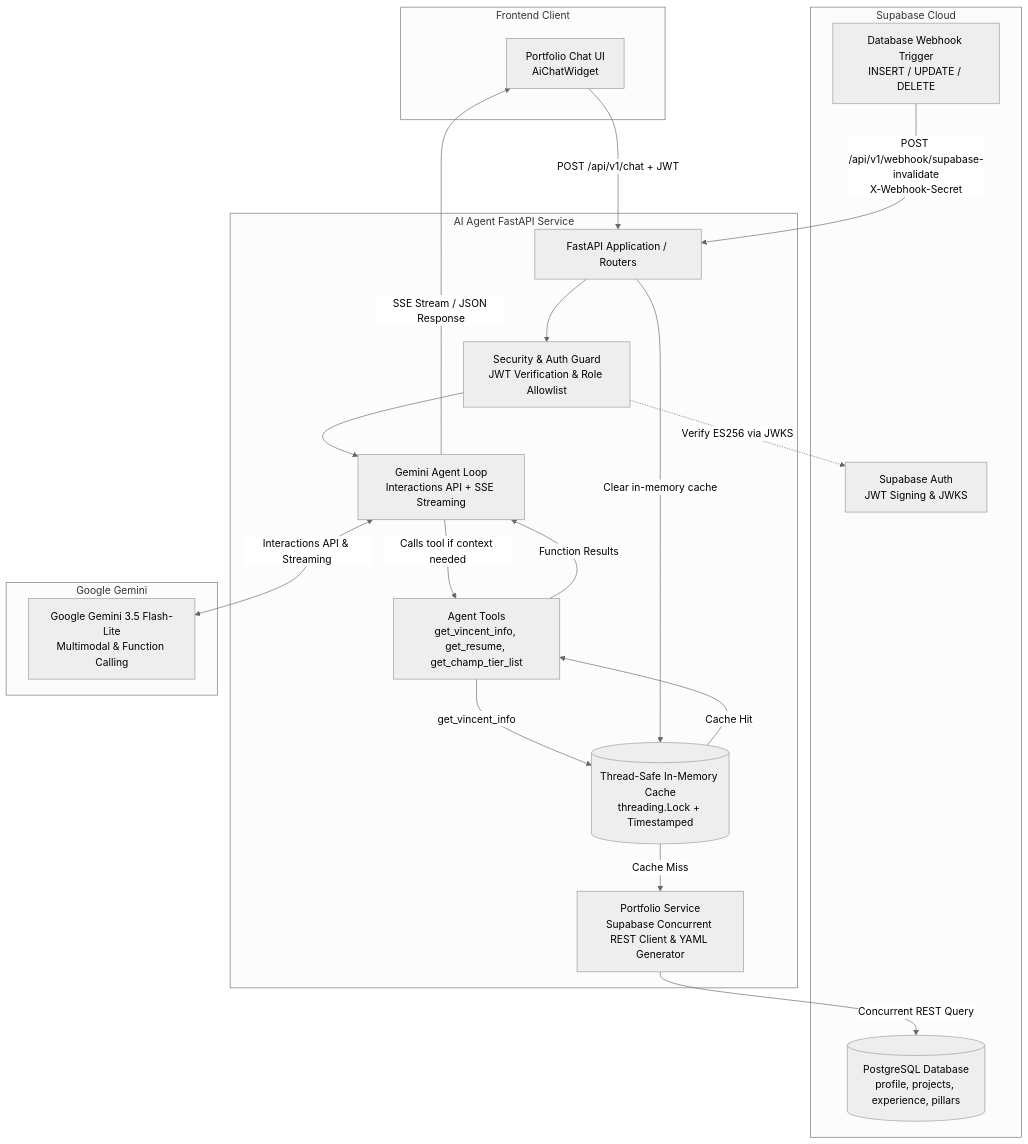
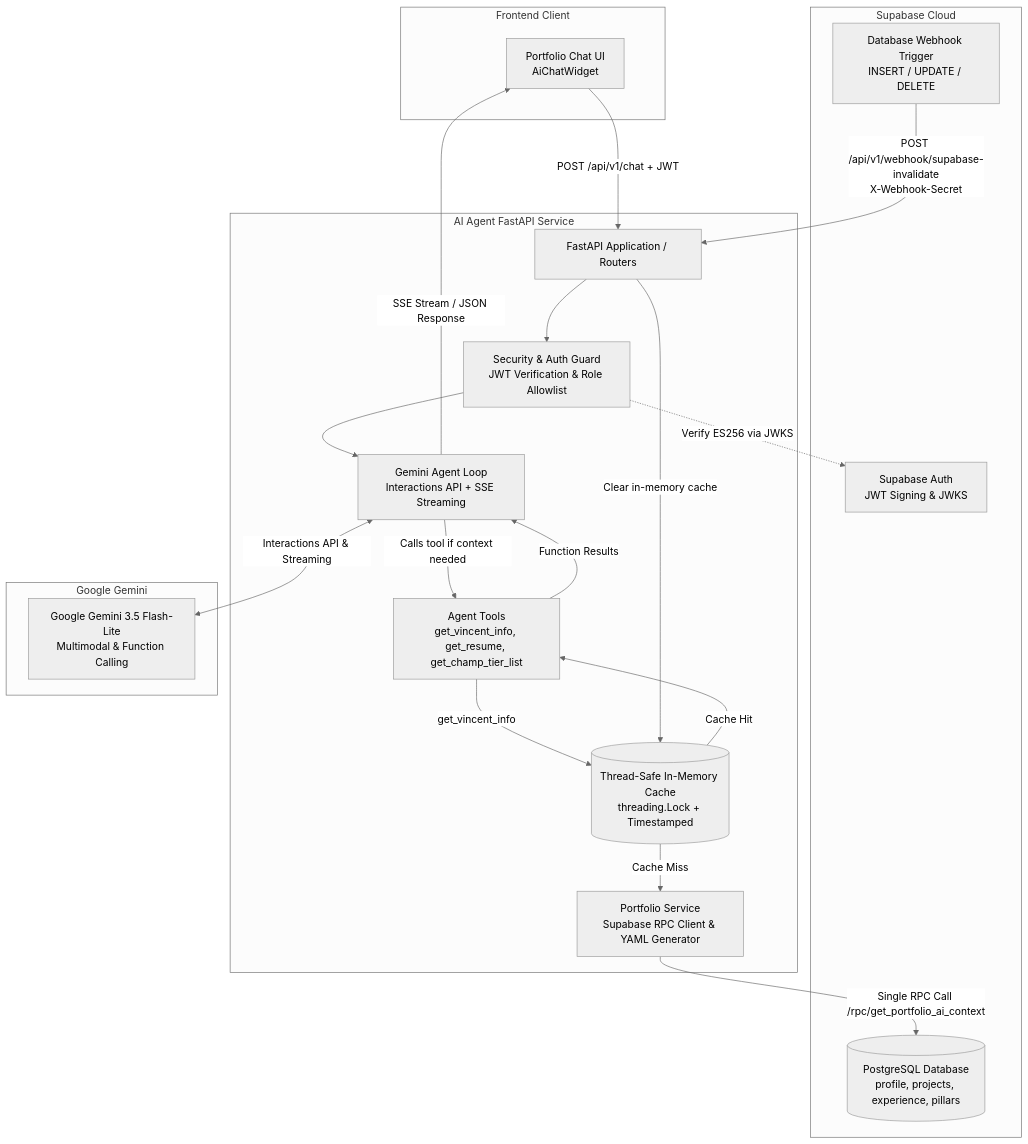
The diagram in README.md (VincentYuann/AI-Agent), drawn with Mermaid (neutral theme) before and after one commit. The commit also changed other lines of this file, not shown here.

Commit message:
docs: update system architecture and database RPC setup in README

````diff
--- a/README.md
+++ b/README.md
@@ -9,43 +9,43 @@
 ```mermaid
 flowchart TD
     subgraph Frontend Client
         ChatUI[Portfolio Chat UI\nAiChatWidget]
     end
 
     subgraph Supabase Cloud
         SupaDB[(PostgreSQL Database\nprofile, projects, experience, pillars)]
         SupaAuth[Supabase Auth\nJWT Signing & JWKS]
         SupaWebhook[Database Webhook Trigger\nINSERT / UPDATE / DELETE]
     end
 
     subgraph AI Agent FastAPI Service
         Router[FastAPI Application / Routers]
         SecGuard[Security & Auth Guard\nJWT Verification & Role Allowlist]
         Cache[(Thread-Safe In-Memory Cache\nthreading.Lock + Timestamped)]
-        PortService[Portfolio Service\nSupabase Concurrent REST Client & YAML Generator]
+        PortService[Portfolio Service\nSupabase RPC Client & YAML Generator]
         Tools[Agent Tools\nget_vincent_info, get_resume, get_champ_tier_list]
         AgentEngine[Gemini Agent Loop\nInteractions API + SSE Streaming]
     end
 
     subgraph Google Gemini
         Gemini[Google Gemini 3.5 Flash-Lite\nMultimodal & Function Calling]
     end
 
     ChatUI -->|POST /api/v1/chat + JWT| Router
     Router --> SecGuard
     SecGuard -.->|Verify ES256 via JWKS| SupaAuth
     SecGuard --> AgentEngine
 
     AgentEngine -->|Calls tool if context needed| Tools
     Tools -->|get_vincent_info| Cache
     Cache -->|Cache Miss| PortService
-    PortService -->|Concurrent REST Query| SupaDB
+    PortService -->|Single RPC Call /rpc/get_portfolio_ai_context| SupaDB
     Cache -->|Cache Hit| Tools
 
     Tools -->|Function Results| AgentEngine
     AgentEngine <-->|Interactions API & Streaming| Gemini
     AgentEngine -->|SSE Stream / JSON Response| ChatUI
 
     SupaWebhook -->|POST /api/v1/webhook/supabase-invalidate\nX-Webhook-Secret| Router
     Router -->|Clear in-memory cache| Cache
 ```
````
